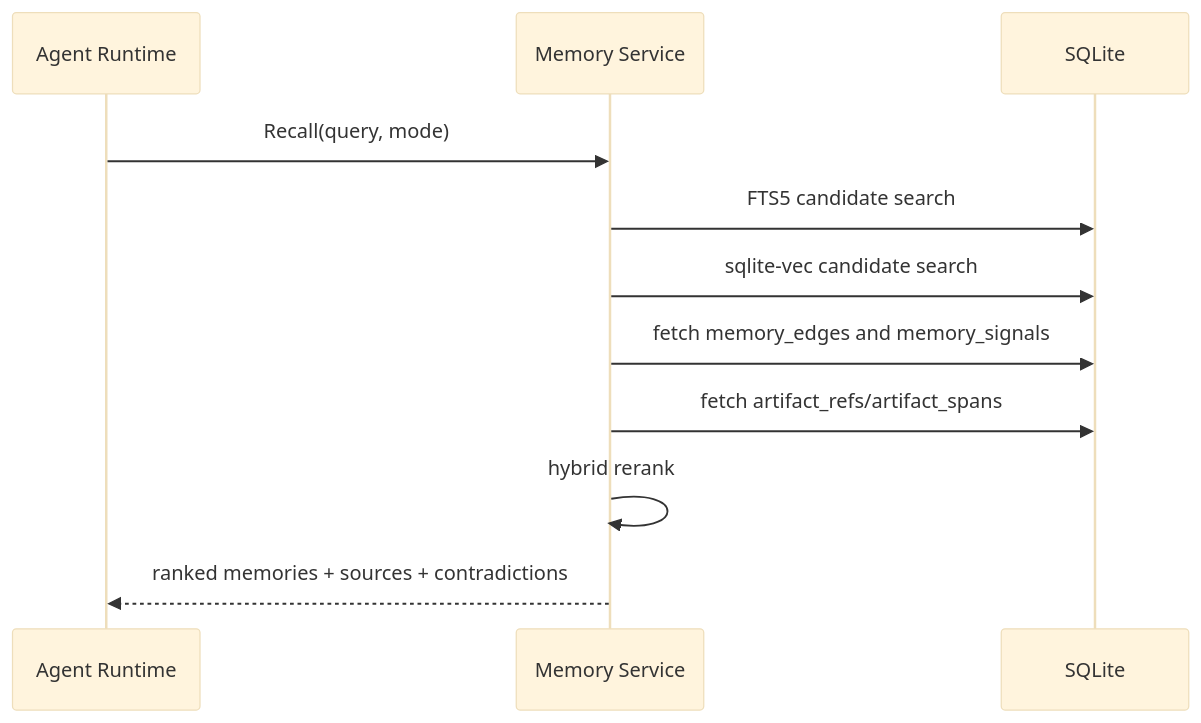
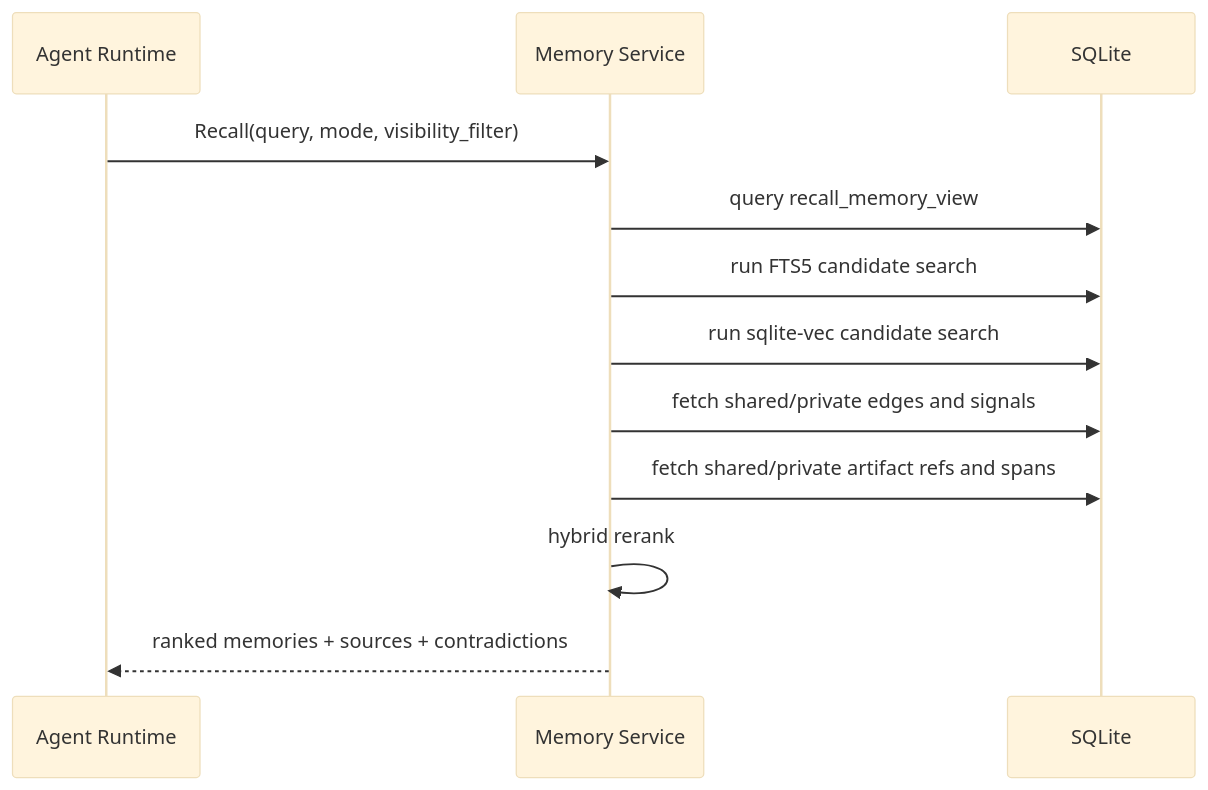
One commit to Taku315o/crdt-agent-memory changed the fifth of 8 diagrams in docs/architecture/workflows.md. Above: the diagram before and after it, drawn with Mermaid (base theme). The commit also changed other lines of this file and 10 other files, not shown here.

````diff
--- a/docs/architecture/workflows.md
+++ b/docs/architecture/workflows.md
@@ -137,14 +182,15 @@
 ```mermaid
 sequenceDiagram
     participant Agent as Agent Runtime
     participant API as Memory Service
     participant DB as SQLite
 
-    Agent->>API: Recall(query, mode)
-    API->>DB: FTS5 candidate search
-    API->>DB: sqlite-vec candidate search
-    API->>DB: fetch memory_edges and memory_signals
-    API->>DB: fetch artifact_refs/artifact_spans
+    Agent->>API: Recall(query, mode, visibility_filter)
+    API->>DB: query recall_memory_view
+    API->>DB: run FTS5 candidate search
+    API->>DB: run sqlite-vec candidate search
+    API->>DB: fetch shared/private edges and signals
+    API->>DB: fetch shared/private artifact refs and spans
     API->>API: hybrid rerank
     API-->>Agent: ranked memories + sources + contradictions
 ```
````
